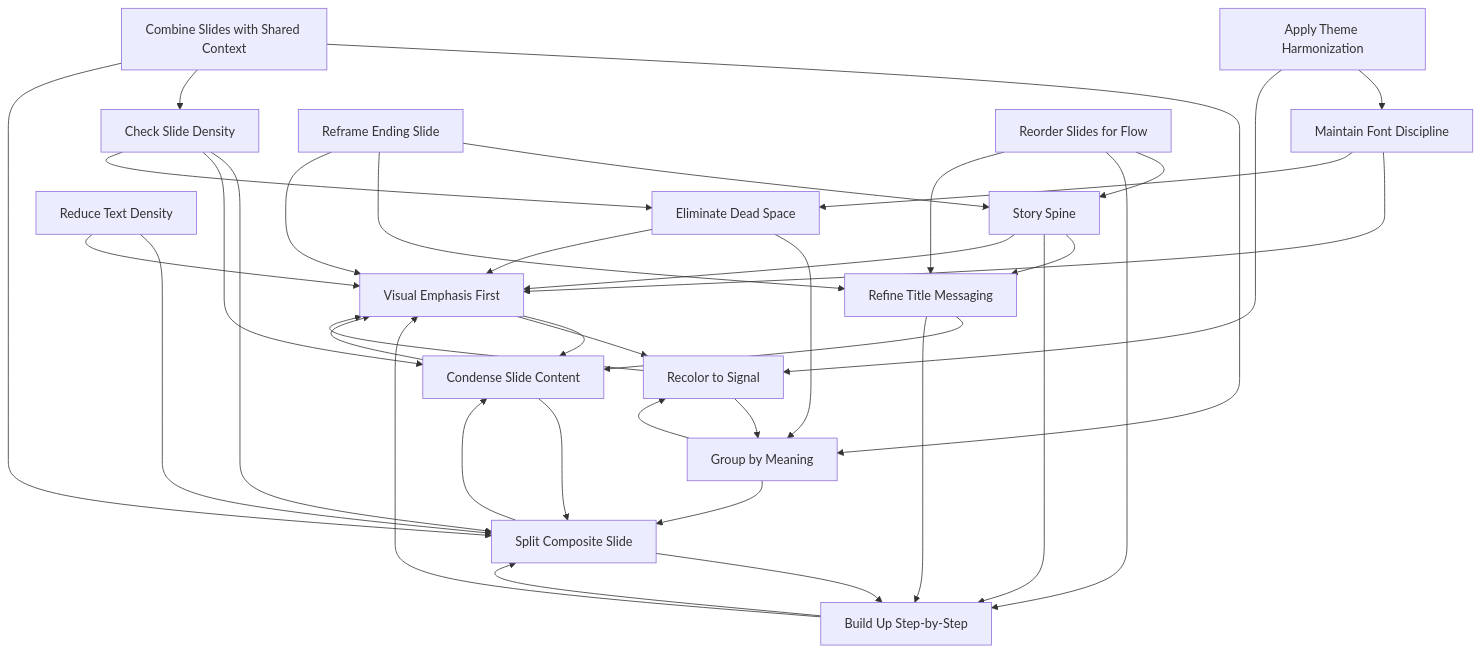
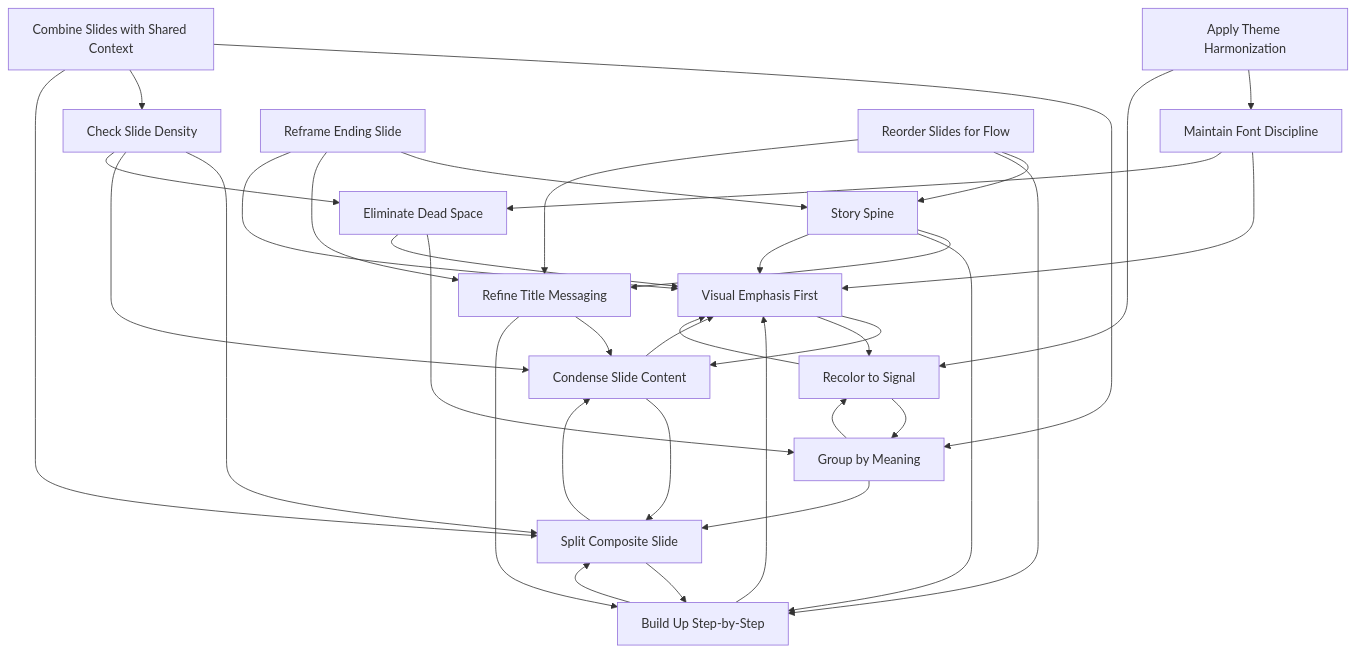
The diagram in README.md (feststelltaste/slidedecks-refactoring-patterns), drawn with Mermaid before and after one commit. The commit also changed other lines of this file, not shown here.

Commit message:
fix graph generation

````diff
--- a/README.md
+++ b/README.md
@@ -929,57 +722,54 @@
 ```mermaid
 graph TD;
     ApplyThemeHarmonization["Apply Theme Harmonization"];
     BuildUpStepbyStep["Build Up Step-by-Step"];
     CheckSlideDensity["Check Slide Density"];
     CombineSlideswithSharedContext["Combine Slides with Shared Context"];
     CondenseSlideContent["Condense Slide Content"];
     EliminateDeadSpace["Eliminate Dead Space"];
     GroupbyMeaning["Group by Meaning"];
     MaintainFontDiscipline["Maintain Font Discipline"];
     RecolortoSignal["Recolor to Signal"];
-    ReduceTextDensity["Reduce Text Density"];
     RefineTitleMessaging["Refine Title Messaging"];
     ReframeEndingSlide["Reframe Ending Slide"];
     ReorderSlidesforFlow["Reorder Slides for Flow"];
     SplitCompositeSlide["Split Composite Slide"];
     StorySpine["Story Spine"];
     VisualEmphasisFirst["Visual Emphasis First"];
 
     RefineTitleMessaging --> CondenseSlideContent;
     RefineTitleMessaging --> BuildUpStepbyStep;
     VisualEmphasisFirst --> CondenseSlideContent;
     VisualEmphasisFirst --> RecolortoSignal;
     RecolortoSignal --> VisualEmphasisFirst;
     RecolortoSignal --> GroupbyMeaning;
     MaintainFontDiscipline --> VisualEmphasisFirst;
     MaintainFontDiscipline --> EliminateDeadSpace;
     EliminateDeadSpace --> GroupbyMeaning;
     EliminateDeadSpace --> VisualEmphasisFirst;
     CondenseSlideContent --> SplitCompositeSlide;
     CondenseSlideContent --> VisualEmphasisFirst;
     SplitCompositeSlide --> CondenseSlideContent;
     SplitCompositeSlide --> BuildUpStepbyStep;
     GroupbyMeaning --> RecolortoSignal;
     GroupbyMeaning --> SplitCompositeSlide;
     CheckSlideDensity --> SplitCompositeSlide;
     CheckSlideDensity --> CondenseSlideContent;
     CheckSlideDensity --> EliminateDeadSpace;
     CombineSlideswithSharedContext --> GroupbyMeaning;
     CombineSlideswithSharedContext --> CheckSlideDensity;
     CombineSlideswithSharedContext --> SplitCompositeSlide;
     StorySpine --> RefineTitleMessaging;
     StorySpine --> BuildUpStepbyStep;
     StorySpine --> VisualEmphasisFirst;
     ReorderSlidesforFlow --> StorySpine;
     ReorderSlidesforFlow --> BuildUpStepbyStep;
     ReorderSlidesforFlow --> RefineTitleMessaging;
     BuildUpStepbyStep --> SplitCompositeSlide;
     BuildUpStepbyStep --> VisualEmphasisFirst;
     ApplyThemeHarmonization --> MaintainFontDiscipline;
     ApplyThemeHarmonization --> RecolortoSignal;
     ReframeEndingSlide --> StorySpine;
     ReframeEndingSlide --> RefineTitleMessaging;
     ReframeEndingSlide --> VisualEmphasisFirst;
-    ReduceTextDensity --> SplitCompositeSlide;
-    ReduceTextDensity --> VisualEmphasisFirst;
 ```
````
